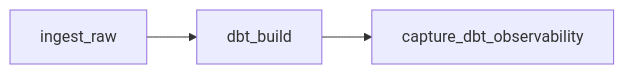
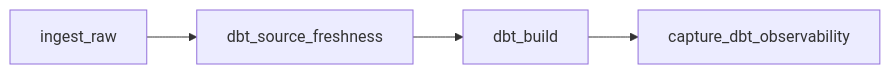
One commit to comerlatto/modern-data-platform changed the second of 4 diagrams in README.md. Above: the diagram before and after it, drawn with Mermaid. The commit also changed other lines of this file and 2 other files, not shown here.

Commit message:
feat: add source freshness quality gate

````diff
--- a/README.md
+++ b/README.md
@@ -76,5 +76,6 @@
 ```mermaid
 flowchart LR
-    A[ingest_raw] --> B[dbt_build]
-    B --> C[capture_dbt_observability]
+    A[ingest_raw] --> B[dbt_source_freshness]
+    B --> C[dbt_build]
+    C --> D[capture_dbt_observability]
 ```
````
